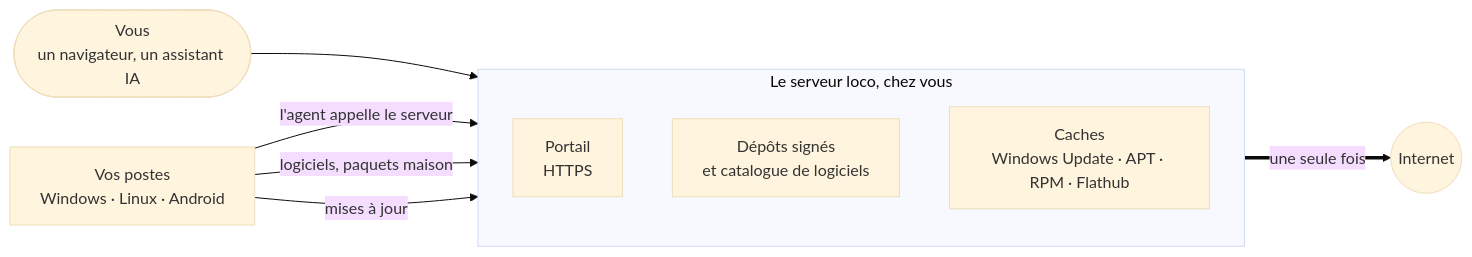
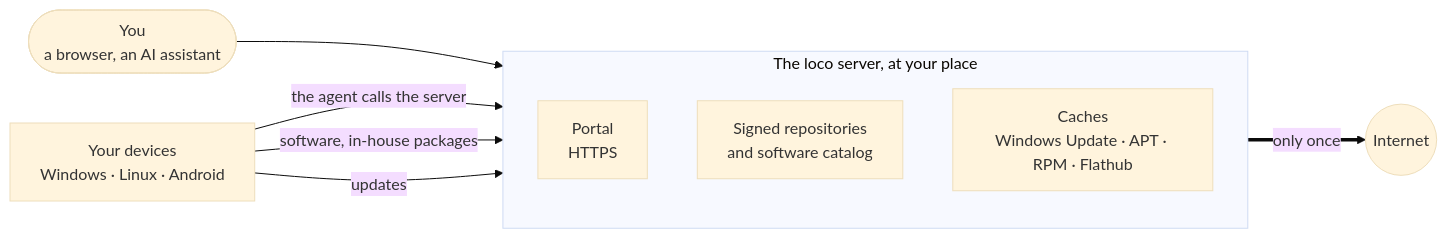
The diagram in README.md (ShaNouhAr/loco), drawn with Mermaid (base theme) before and after one commit. The commit also changed other lines of this file and 194 other files, not shown here.

````diff
--- a/README.md
+++ b/README.md
@@ -345,19 +347,19 @@
 ```mermaid
 flowchart LR
-    vous(["Vous<br>un navigateur, un assistant IA"])
-    postes["Vos postes<br>Windows · Linux · Android"]
+    you(["You<br>a browser, an AI assistant"])
+    devices["Your devices<br>Windows · Linux · Android"]
     net(("Internet"))
 
-    subgraph serveur ["Le serveur loco, chez vous"]
+    subgraph server ["The loco server, at your place"]
         direction TB
-        portail["Portail<br>HTTPS"]
-        depots["Dépôts signés<br>et catalogue de logiciels"]
+        portal["Portal<br>HTTPS"]
+        repos["Signed repositories<br>and software catalog"]
         caches["Caches<br>Windows Update · APT · RPM · Flathub"]
     end
 
-    vous --> portail
-    postes -->|"l'agent appelle le serveur"| portail
-    postes -->|"logiciels, paquets maison"| depots
-    postes -->|"mises à jour"| caches
-    caches ==>|"une seule fois"| net
+    you --> portal
+    devices -->|"the agent calls the server"| portal
+    devices -->|"software, in-house packages"| repos
+    devices -->|"updates"| caches
+    caches ==>|"only once"| net
 ```
````
